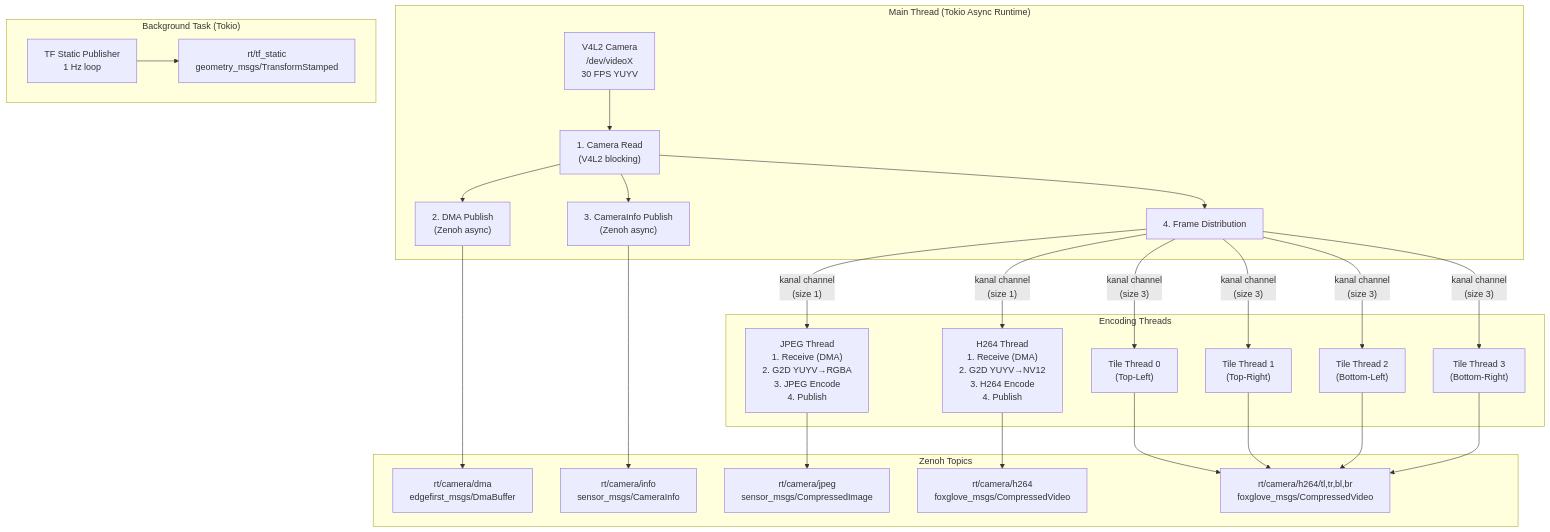
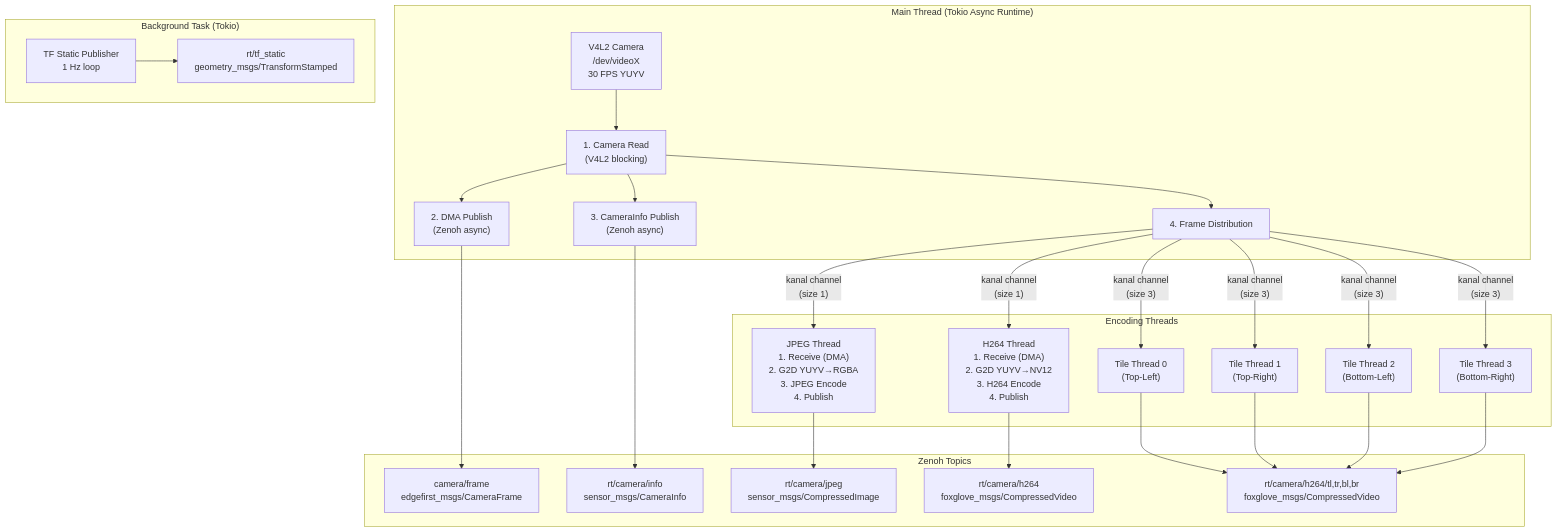
Before and after one commit to EdgeFirstAI/camera: the first of 3 diagrams in ARCHITECTURE.md, drawn with Mermaid. The commit also changed other lines of this file and 8 other files, not shown here.

First line of the commit message:
Migrate CameraFrame publishing to edgefirst-schemas 4.0.

````diff
--- a/ARCHITECTURE.md
+++ b/ARCHITECTURE.md
@@ -28,54 +28,54 @@
 ```mermaid
 graph TB
     subgraph "Main Thread (Tokio Async Runtime)"
         Camera["V4L2 Camera<br/>/dev/videoX<br/>30 FPS YUYV"]
         CamRead["1. Camera Read<br/>(V4L2 blocking)"]
         DMAPub["2. DMA Publish<br/>(Zenoh async)"]
         InfoPub["3. CameraInfo Publish<br/>(Zenoh async)"]
         Distribute["4. Frame Distribution"]
         
         Camera --> CamRead
         CamRead --> DMAPub
         CamRead --> InfoPub
         CamRead --> Distribute
     end
     
     subgraph "Encoding Threads"
         JPEGThread["JPEG Thread<br/>1. Receive (DMA)<br/>2. G2D YUYV→RGBA<br/>3. JPEG Encode<br/>4. Publish"]
         H264Thread["H264 Thread<br/>1. Receive (DMA)<br/>2. G2D YUYV→NV12<br/>3. H264 Encode<br/>4. Publish"]
         TileThread1["Tile Thread 0<br/>(Top-Left)"]
         TileThread2["Tile Thread 1<br/>(Top-Right)"]
         TileThread3["Tile Thread 2<br/>(Bottom-Left)"]
         TileThread4["Tile Thread 3<br/>(Bottom-Right)"]
     end
     
     subgraph "Zenoh Topics"
-        DMATop["rt/camera/dma<br/>edgefirst_msgs/DmaBuffer"]
+        DMATop["camera/frame<br/>edgefirst_msgs/CameraFrame"]
         InfoTop["rt/camera/info<br/>sensor_msgs/CameraInfo"]
         JPEGTop["rt/camera/jpeg<br/>sensor_msgs/CompressedImage"]
         H264Top["rt/camera/h264<br/>foxglove_msgs/CompressedVideo"]
         TileTop["rt/camera/h264/tl,tr,bl,br<br/>foxglove_msgs/CompressedVideo"]
     end
     
     Distribute -->|"kanal channel<br/>(size 1)"| JPEGThread
     Distribute -->|"kanal channel<br/>(size 1)"| H264Thread
     Distribute -->|"kanal channel<br/>(size 3)"| TileThread1
     Distribute -->|"kanal channel<br/>(size 3)"| TileThread2
     Distribute -->|"kanal channel<br/>(size 3)"| TileThread3
     Distribute -->|"kanal channel<br/>(size 3)"| TileThread4
     
     DMAPub --> DMATop
     InfoPub --> InfoTop
     JPEGThread --> JPEGTop
     H264Thread --> H264Top
     TileThread1 --> TileTop
     TileThread2 --> TileTop
     TileThread3 --> TileTop
     TileThread4 --> TileTop
     
     subgraph "Background Task (Tokio)"
         TFPub["TF Static Publisher<br/>1 Hz loop"]
         TFTop["rt/tf_static<br/>geometry_msgs/TransformStamped"]
         TFPub --> TFTop
     end
 ```
````
